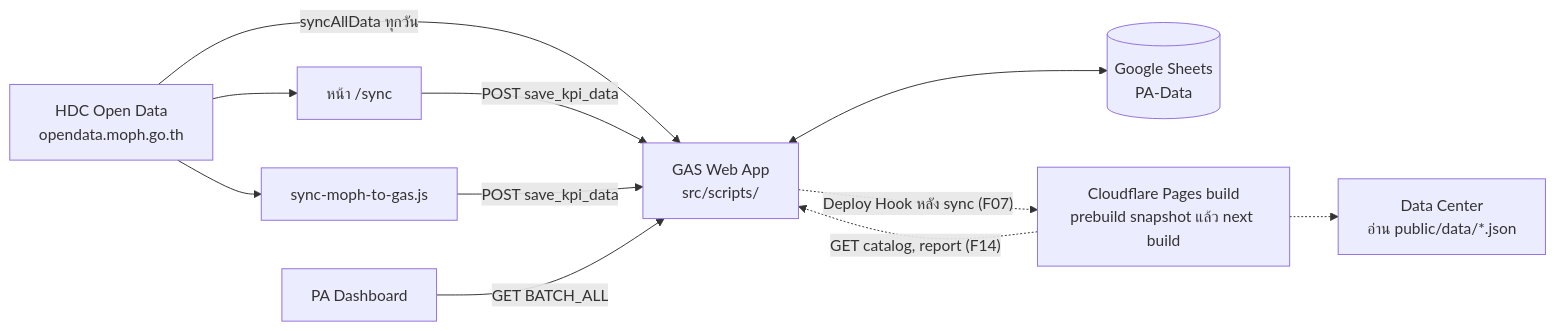
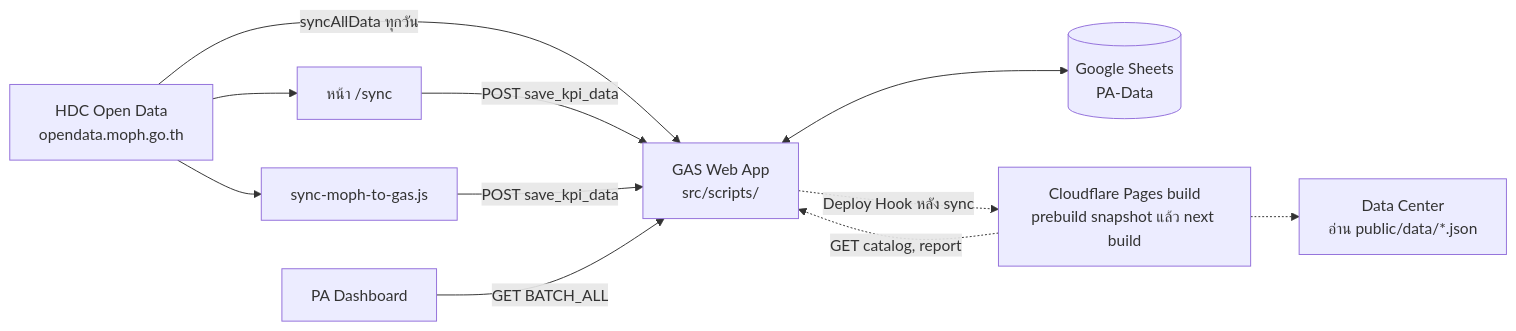
The diagram in README.md (9GotStory/pa-dashboard), drawn with Mermaid before and after one commit. The commit also changed other lines of this file and 8 other files, not shown here.

````diff
--- a/README.md
+++ b/README.md
@@ -26,20 +26,20 @@
 ```mermaid
 flowchart LR
   MOPH["HDC Open Data<br/>opendata.moph.go.th"]
   PAGE["หน้า /sync"]
   NODE["sync-moph-to-gas.js"]
   GAS["GAS Web App<br/>src/scripts/"]
   SHEETS[("Google Sheets<br/>PA-Data")]
   PA["PA Dashboard"]
   BUILD["Cloudflare Pages build<br/>prebuild snapshot แล้ว next build"]
   DC["Data Center<br/>อ่าน public/data/*.json"]
 
   MOPH -->|"syncAllData ทุกวัน"| GAS
   MOPH --> PAGE & NODE
   PAGE & NODE -->|"POST save_kpi_data"| GAS
   GAS <--> SHEETS
   PA -->|"GET BATCH_ALL"| GAS
-  GAS -.->|"Deploy Hook หลัง sync (F07)"| BUILD
-  BUILD -.->|"GET catalog, report (F14)"| GAS
+  GAS -.->|"Deploy Hook หลัง sync"| BUILD
+  BUILD -.->|"GET catalog, report"| GAS
   BUILD -.-> DC
 ```
````
